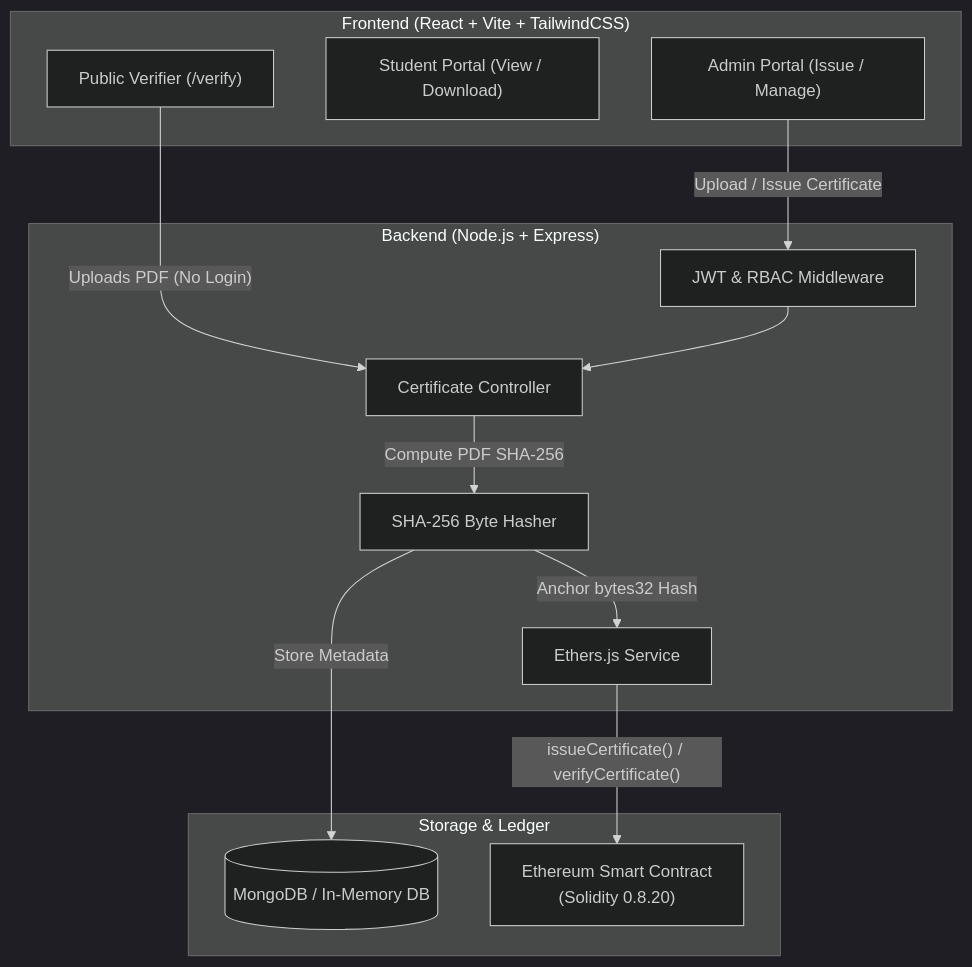
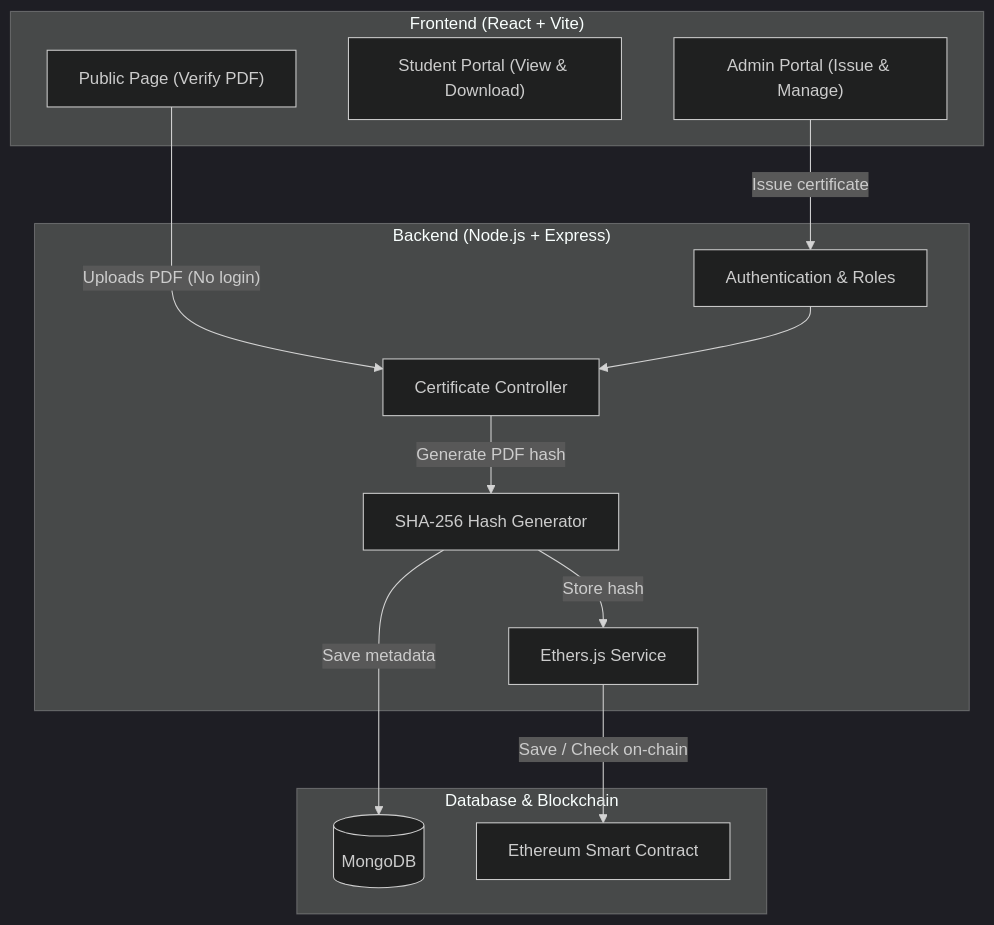
The diagram in README.md (MikelBuilds/certify-authenticator-web3), drawn with Mermaid (dark theme) before and after one commit. The commit also changed other lines of this file, not shown here.

````diff
--- a/README.md
+++ b/README.md
@@ -44,28 +45,28 @@
 ```mermaid
 flowchart TD
-    subgraph Client ["Frontend (React + Vite + TailwindCSS)"]
-        AdminUI["Admin Portal (Issue / Manage)"]
-        StudentUI["Student Portal (View / Download)"]
-        PublicVerify["Public Verifier (/verify)"]
+    subgraph Client ["Frontend (React + Vite)"]
+        AdminUI["Admin Portal (Issue & Manage)"]
+        StudentUI["Student Portal (View & Download)"]
+        PublicVerify["Public Page (Verify PDF)"]
     end
 
     subgraph API ["Backend (Node.js + Express)"]
-        AuthMiddleware["JWT & RBAC Middleware"]
+        AuthMiddleware["Authentication & Roles"]
         CertController["Certificate Controller"]
-        CryptoService["SHA-256 Byte Hasher"]
+        CryptoService["SHA-256 Hash Generator"]
         EthService["Ethers.js Service"]
     end
 
-    subgraph Storage ["Storage & Ledger"]
-        MongoDB[("MongoDB / In-Memory DB")]
-        SmartContract["Ethereum Smart Contract\n(Solidity 0.8.20)"]
+    subgraph Storage ["Database & Blockchain"]
+        MongoDB[("MongoDB")]
+        SmartContract["Ethereum Smart Contract"]
     end
 
-    PublicVerify -->|"Uploads PDF (No Login)"| CertController
-    AdminUI -->|"Upload / Issue Certificate"| AuthMiddleware
+    PublicVerify -->|"Uploads PDF (No login)"| CertController
+    AdminUI -->|"Issue certificate"| AuthMiddleware
     AuthMiddleware --> CertController
-    CertController -->|"Compute PDF SHA-256"| CryptoService
-    CryptoService -->|"Store Metadata"| MongoDB
-    CryptoService -->|"Anchor bytes32 Hash"| EthService
-    EthService -->|"issueCertificate() / verifyCertificate()"| SmartContract
+    CertController -->|"Generate PDF hash"| CryptoService
+    CryptoService -->|"Save metadata"| MongoDB
+    CryptoService -->|"Store hash"| EthService
+    EthService -->|"Save / Check on-chain"| SmartContract
 ```
````
